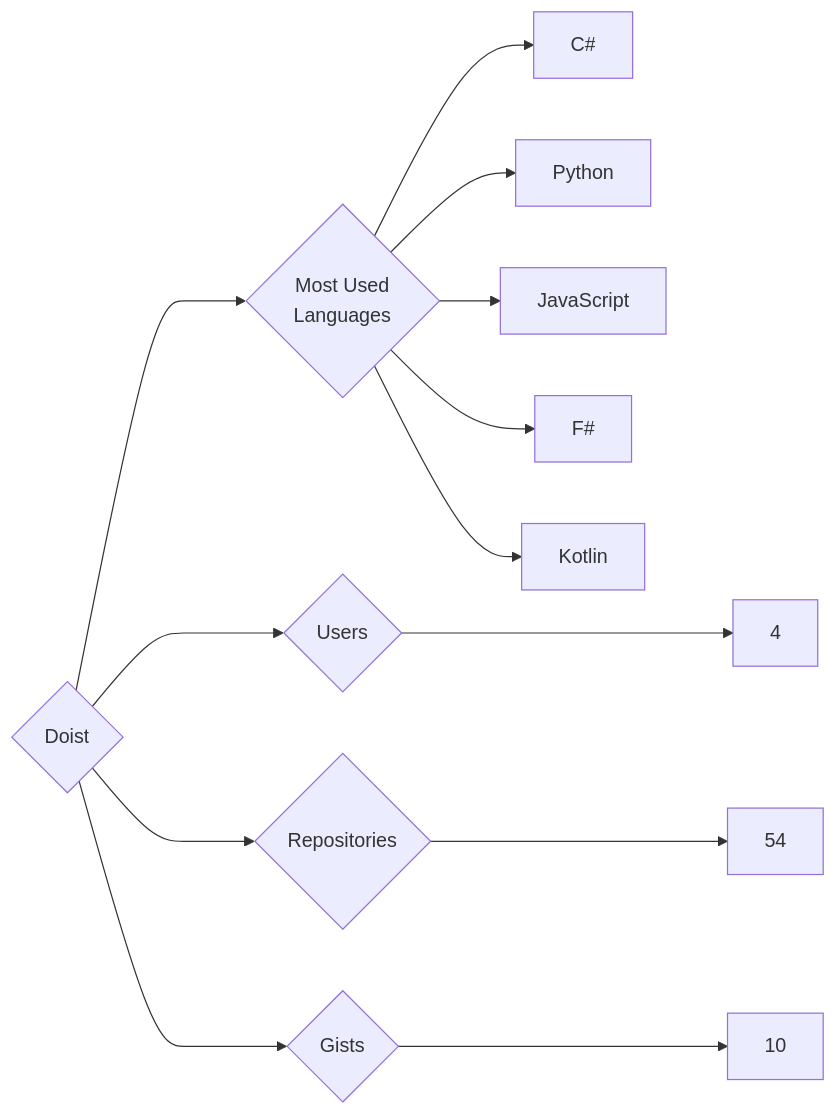
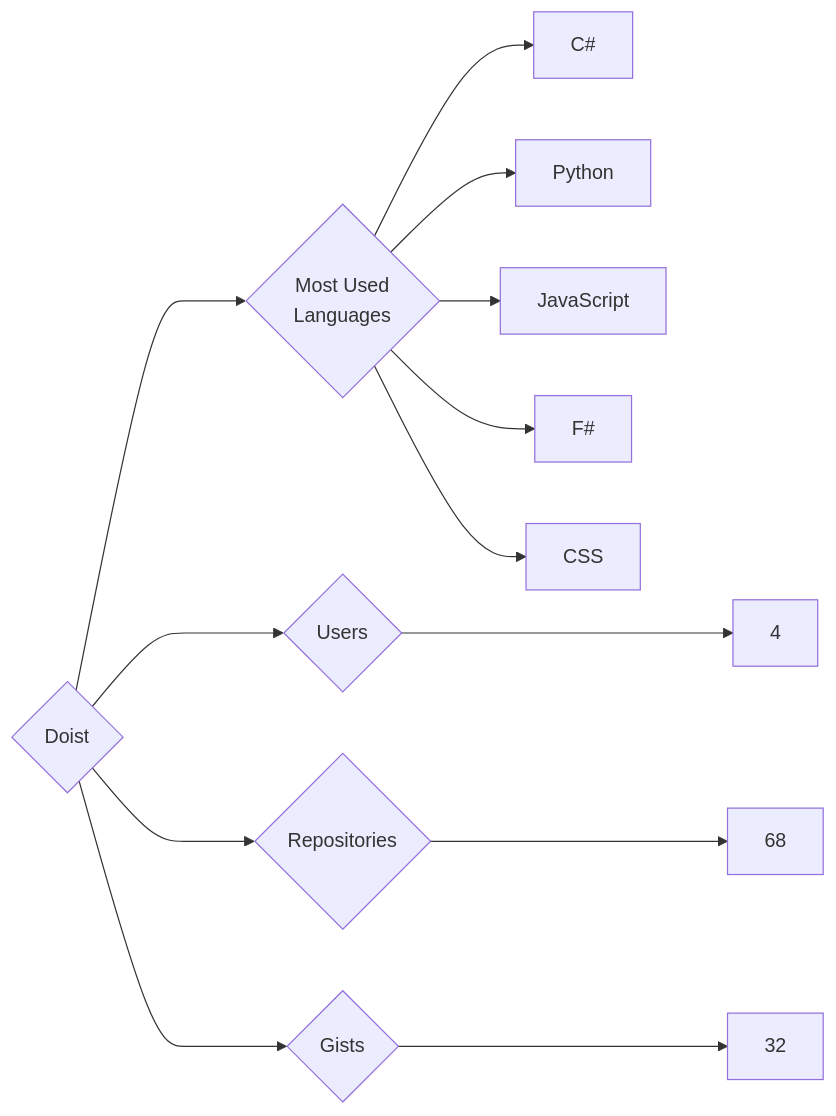
One commit to trickest/insiders changed the diagram in targets/Doist/README.md. Above: the diagram before and after it, drawn with Mermaid. The commit also changed 1089 other files, not shown here.

````diff
--- a/targets/Doist/README.md
+++ b/targets/Doist/README.md
@@ -3,13 +3,13 @@
 ```mermaid
 graph LR
 COMPANY_NAME{Doist}
 COMPANY_NAME ---> U{Users} ---> UN[4]
-COMPANY_NAME ---> R{Repositories} ---> RN[54]
-COMPANY_NAME ---> G{Gists} ---> GN[10]
+COMPANY_NAME ---> R{Repositories} ---> RN[68]
+COMPANY_NAME ---> G{Gists} ---> GN[32]
 COMPANY_NAME ---> ML{Most Used<br>Languages}
 ML --> C#[C#]
 ML --> Python[Python]
 ML --> JavaScript[JavaScript]
 ML --> F#[F#]
-ML --> Kotlin[Kotlin]
+ML --> CSS[CSS]
 ```
````
